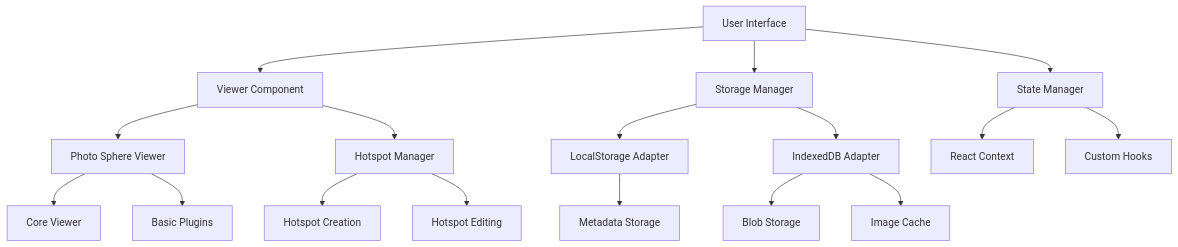
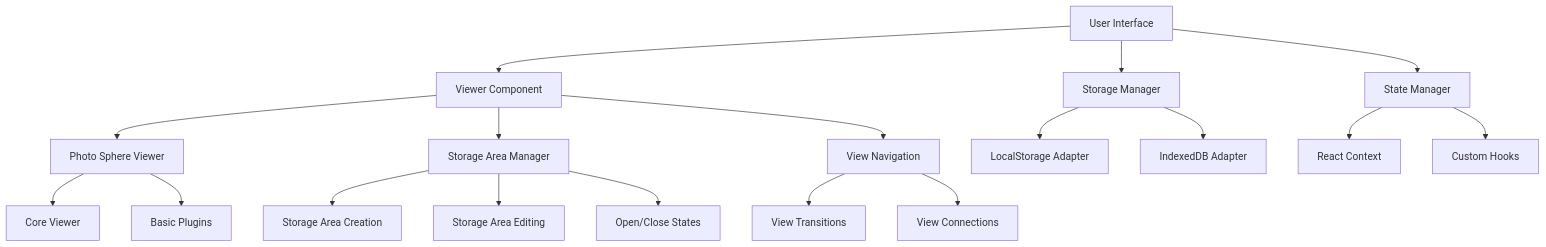
The first of 14 diagrams in docs/phases/PHASE_1_LOCAL_STORAGE.md (straiforos/kitchen-360), drawn with Mermaid before and after one commit. The commit also changed other lines of this file, not shown here.

First line of the commit message:
Refactor documentation and code structure for Storage Area management

````diff
--- a/docs/phases/PHASE_1_LOCAL_STORAGE.md
+++ b/docs/phases/PHASE_1_LOCAL_STORAGE.md
@@ -8,26 +8,26 @@
 ```mermaid
 graph TD
     A[User Interface] --> B[Viewer Component]
     A --> C[Storage Manager]
     A --> D[State Manager]
     
     B --> E[Photo Sphere Viewer]
-    B --> F[Hotspot Manager]
+    B --> F[Storage Area Manager]
+    B --> G[View Navigation]
     
-    C --> G[LocalStorage Adapter]
-    C --> H[IndexedDB Adapter]
+    C --> H[LocalStorage Adapter]
+    C --> I[IndexedDB Adapter]
     
-    D --> I[React Context]
-    D --> J[Custom Hooks]
+    D --> J[React Context]
+    D --> K[Custom Hooks]
     
-    E --> K[Core Viewer]
-    E --> L[Basic Plugins]
+    E --> L[Core Viewer]
+    E --> M[Basic Plugins]
     
-    F --> M[Hotspot Creation]
-    F --> N[Hotspot Editing]
+    F --> N[Storage Area Creation]
+    F --> O[Storage Area Editing]
+    F --> P[Open/Close States]
     
-    G --> O[Metadata Storage]
-    
-    H --> P[Blob Storage]
-    H --> Q[Image Cache]
+    G --> Q[View Transitions]
+    G --> R[View Connections]
 ```
````
